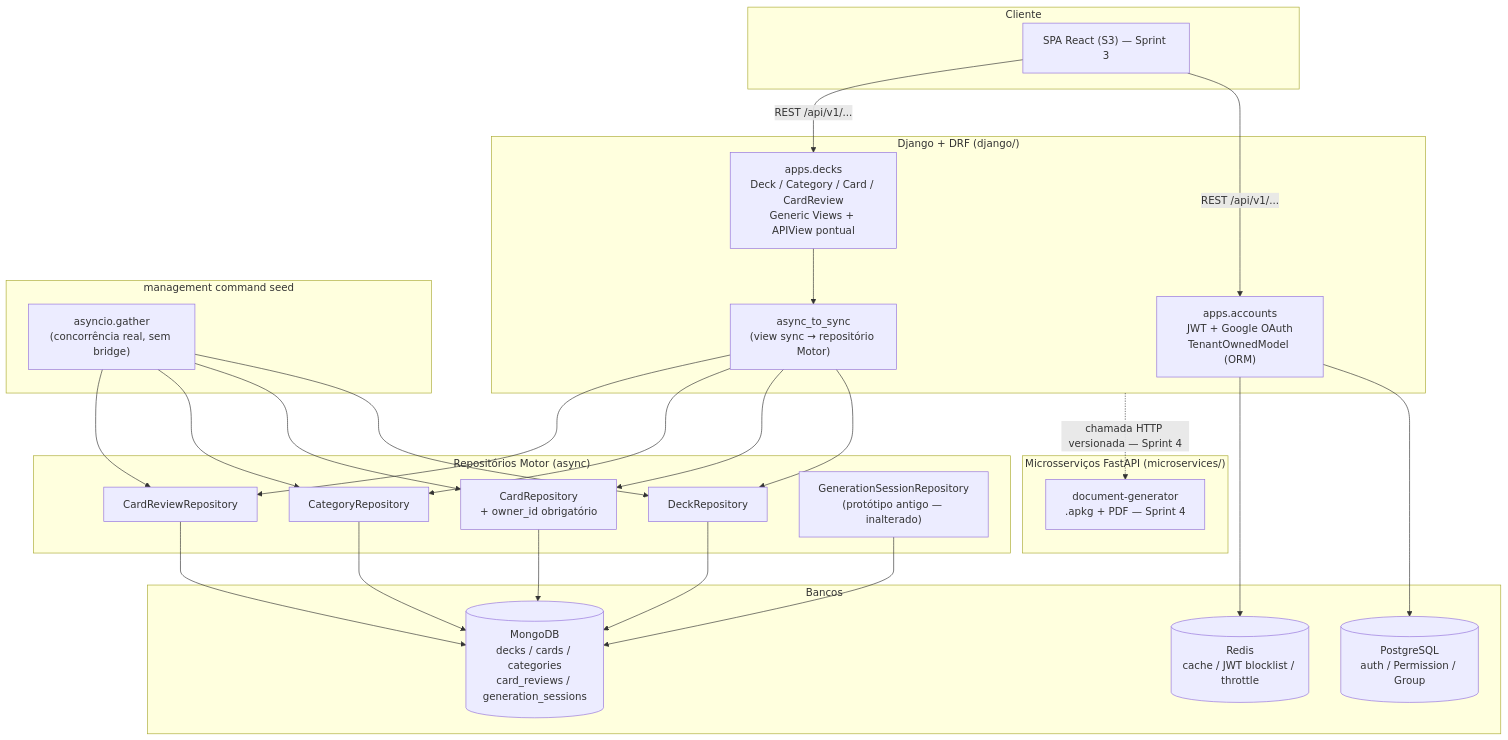
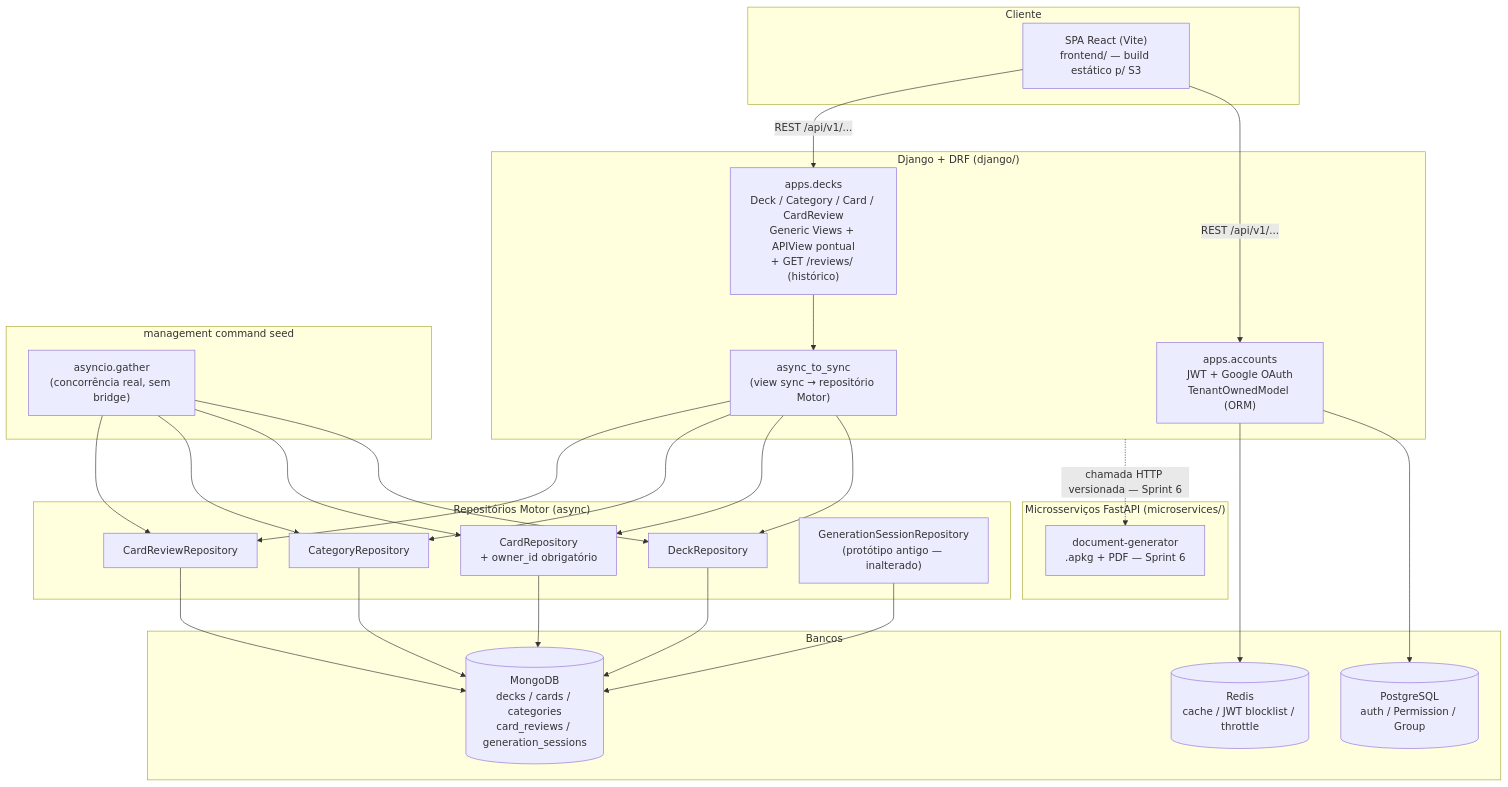
Before and after one commit to WillamesCampos/anki_generator: the diagram in README.md, drawn with Mermaid. The commit also changed other lines of this file and 55 other files, not shown here.

````diff
--- a/README.md
+++ b/README.md
@@ -22,44 +22,44 @@
 ```mermaid
 flowchart TB
     subgraph Client["Cliente"]
-        SPA["SPA React (S3) — Sprint 3"]
+        SPA["SPA React (Vite)\nfrontend/ — build estático p/ S3"]
     end
 
     subgraph DjangoApp["Django + DRF (django/)"]
         Auth["apps.accounts\nJWT + Google OAuth\nTenantOwnedModel (ORM)"]
-        Decks["apps.decks\nDeck / Category / Card / CardReview\nGeneric Views + APIView pontual"]
+        Decks["apps.decks\nDeck / Category / Card / CardReview\nGeneric Views + APIView pontual\n+ GET /reviews/ (histórico)"]
         Bridge["async_to_sync\n(view sync → repositório Motor)"]
     end
 
     subgraph Repos["Repositórios Motor (async)"]
         DeckRepo["DeckRepository"]
         CardRepo["CardRepository\n+ owner_id obrigatório"]
         CategoryRepo["CategoryRepository"]
         ReviewRepo["CardReviewRepository"]
         GenRepo["GenerationSessionRepository\n(protótipo antigo — inalterado)"]
     end
 
     subgraph Seed["management command seed"]
         SeedCmd["asyncio.gather\n(concorrência real, sem bridge)"]
     end
 
     subgraph Data["Bancos"]
         PG[("PostgreSQL\nauth / Permission / Group")]
         Mongo[("MongoDB\ndecks / cards / categories\ncard_reviews / generation_sessions")]
         Redis[("Redis\ncache / JWT blocklist / throttle")]
     end
 
     subgraph Micro["Microsserviços FastAPI (microservices/)"]
-        DocGen["document-generator\n.apkg + PDF — Sprint 4"]
+        DocGen["document-generator\n.apkg + PDF — Sprint 6"]
     end
 
     SPA -->|"REST /api/v1/..."| Auth
     SPA -->|"REST /api/v1/..."| Decks
     Auth --> PG
     Auth --> Redis
     Decks --> Bridge
     Bridge --> DeckRepo & CardRepo & CategoryRepo & ReviewRepo
     DeckRepo & CardRepo & CategoryRepo & ReviewRepo & GenRepo --> Mongo
     SeedCmd --> DeckRepo & CardRepo & CategoryRepo & ReviewRepo
-    DjangoApp -.->|"chamada HTTP versionada — Sprint 4"| DocGen
+    DjangoApp -.->|"chamada HTTP versionada — Sprint 6"| DocGen
 ```
````
